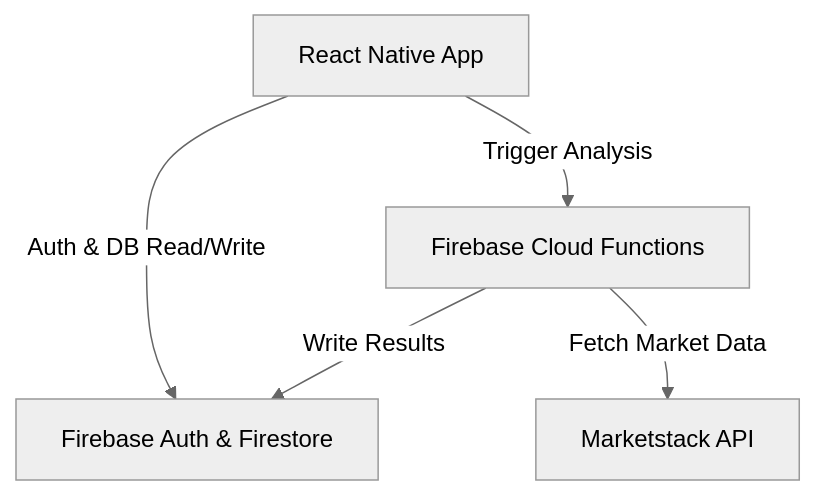
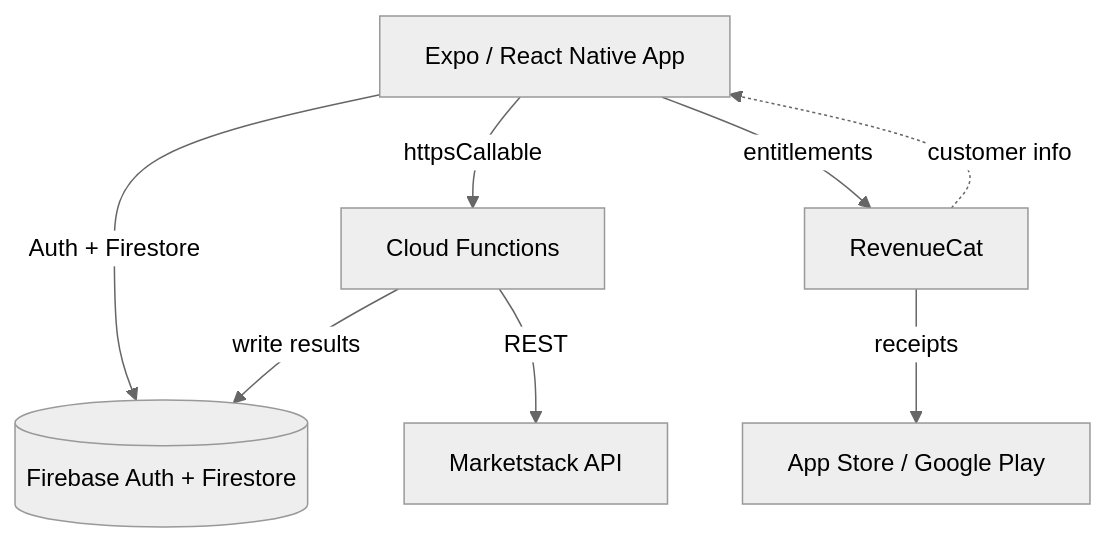
Before and after one commit to taku629/BiasGuard: the diagram in README.md, drawn with Mermaid (neutral theme). The commit also changed other lines of this file, not shown here.

Commit message:
docs: rewrite README with architecture and testing

````diff
--- a/README.md
+++ b/README.md
@@ -22,7 +42,10 @@
 ```mermaid
-graph TD
-    RN[React Native App] -->|Auth & DB Read/Write| FB[Firebase Auth & Firestore]
-    RN -->|Trigger Analysis| CF[Firebase Cloud Functions]
-    CF -->|Fetch Market Data| MS[Marketstack API]
-    CF -->|Write Results| FB
+flowchart TD
+  RN[Expo / React Native App] -->|Auth + Firestore| FB[(Firebase Auth + Firestore)]
+  RN -->|httpsCallable| CF[Cloud Functions]
+  CF -->|REST| MS[Marketstack API]
+  CF -->|write results| FB
+  RN -->|entitlements| RC[RevenueCat]
+  RC -->|receipts| STORE[App Store / Google Play]
+  RC -.->|customer info| RN
 ```
````
